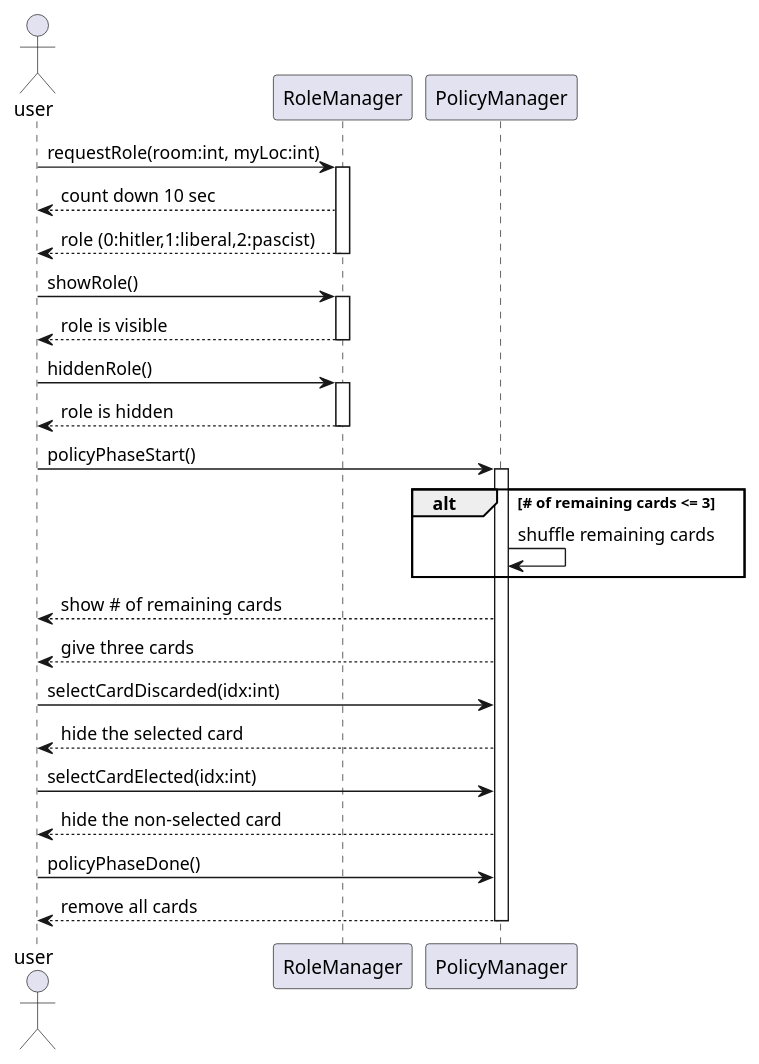
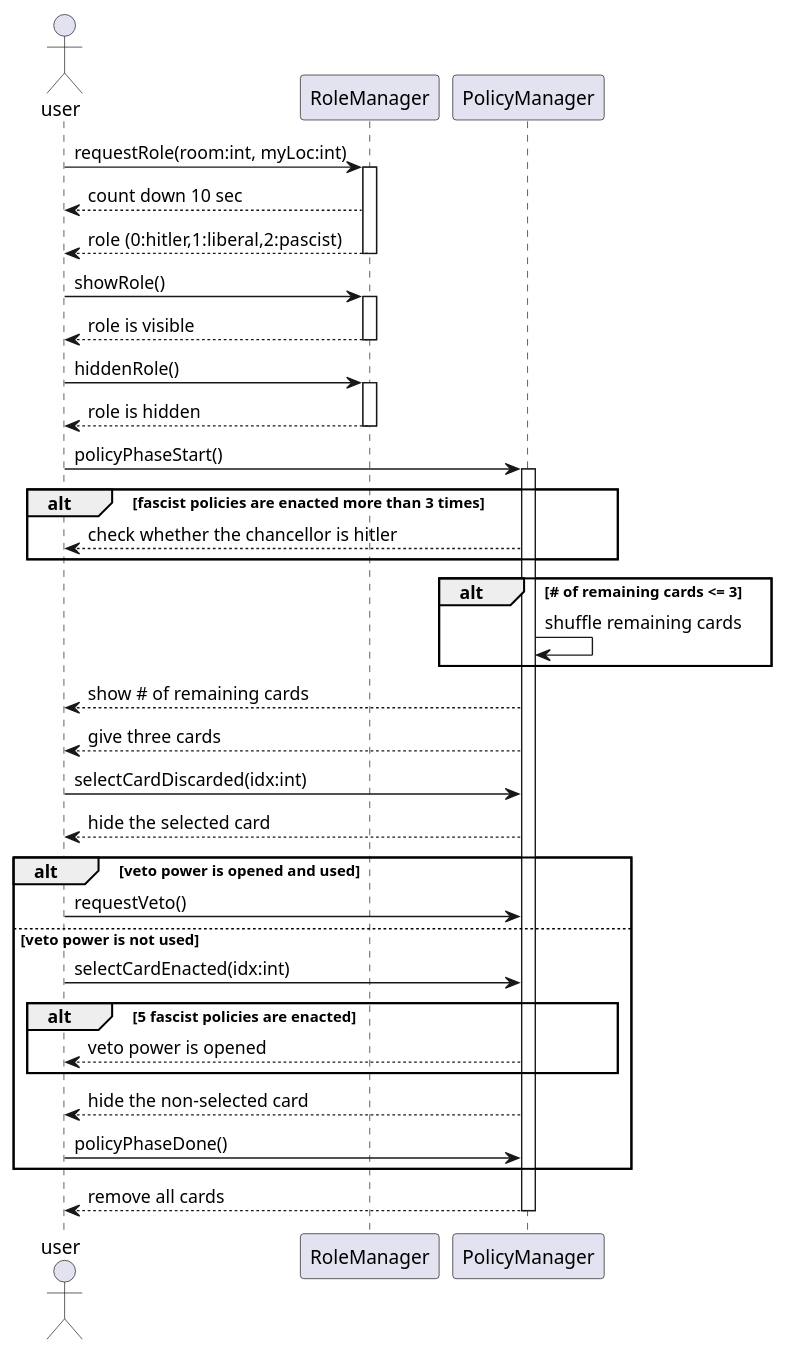
Before and after one commit to morningM00N/bg: the diagram in uml/secrethitlerpersonal.pu, drawn with PlantUML.

```diff
--- a/uml/secrethitlerpersonal.pu
+++ b/uml/secrethitlerpersonal.pu
@@ -1,29 +1,42 @@
 @startuml secrethitler personal
 actor user
 user -> RoleManager: requestRole(room:int, myLoc:int)
 activate RoleManager
 user <-- RoleManager : count down 10 sec
 return role (0:hitler,1:liberal,2:pascist)
 
 user -> RoleManager: showRole()
 activate RoleManager
 return role is visible
 
 user -> RoleManager: hiddenRole()
 activate RoleManager
 return role is hidden
 
 user -> PolicyManager : policyPhaseStart()
 activate PolicyManager
+
+alt fascist policies are enacted more than 3 times
+user <-- PolicyManager : check whether the chancellor is hitler
+end
+
 alt # of remaining cards <= 3
 PolicyManager->PolicyManager : shuffle remaining cards
 end
+
 user <-- PolicyManager : show # of remaining cards
 user <-- PolicyManager : give three cards
 user -> PolicyManager : selectCardDiscarded(idx:int)
 user <-- PolicyManager : hide the selected card
-user -> PolicyManager : selectCardElected(idx:int)
+alt veto power is opened and used
+user -> PolicyManager: requestVeto() 
+else veto power is not used
+user -> PolicyManager : selectCardEnacted(idx:int)
+alt 5 fascist policies are enacted
+user <-- PolicyManager : veto power is opened
+end
 user <-- PolicyManager : hide the non-selected card
 user -> PolicyManager : policyPhaseDone()
+end
 return remove all cards
 @enduml
```
